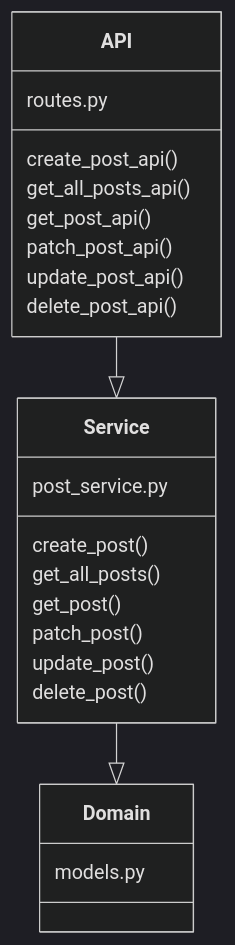
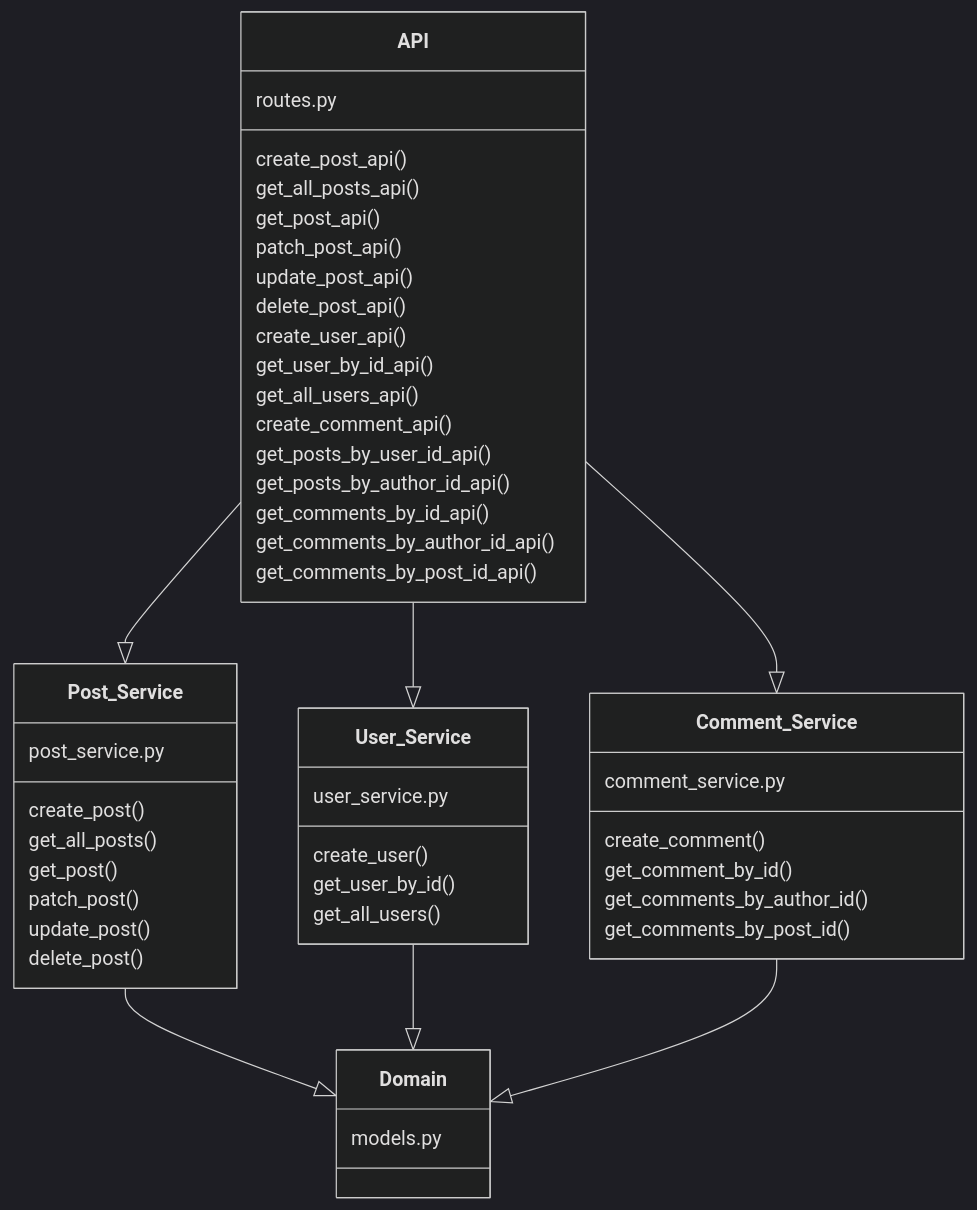
One commit to Junesskim/Flab changed the diagram in README.md. Above: the diagram before and after it, drawn with Mermaid (dark theme). The commit also changed 3 other files, not shown here.

````diff
--- a/README.md
+++ b/README.md
@@ -59,26 +59,52 @@
   ```mermaid
   classDiagram
-    API --|> Service
-    Service --|> Domain
+    API --|> Post_Service
+    API --|> User_Service
+    API --|> Comment_Service
+    Post_Service --|> Domain
+    User_Service --|> Domain
+    Comment_Service --|> Domain
         class API{
         routes.py
         create_post_api()
         get_all_posts_api()
         get_post_api()
         patch_post_api()
         update_post_api()
         delete_post_api()
+        create_user_api()
+        get_user_by_id_api()
+        get_all_users_api()
+        create_comment_api()
+        get_posts_by_user_id_api()
+        get_posts_by_author_id_api()
+        get_comments_by_id_api()
+        get_comments_by_author_id_api()
+        get_comments_by_post_id_api()
     }
-    class Service{
+    class Post_Service{
         post_service.py
         create_post()
         get_all_posts()
         get_post()
         patch_post()
         update_post()
         delete_post()
     }
+    class User_Service{
+        user_service.py
+        create_user()
+        get_user_by_id()
+        get_all_users()
+    }
+    class Comment_Service{
+        comment_service.py
+        create_comment()
+        get_comment_by_id()
+        get_comments_by_author_id()
+        get_comments_by_post_id()
+    }
     class Domain{
         models.py
     }
   ```
````
